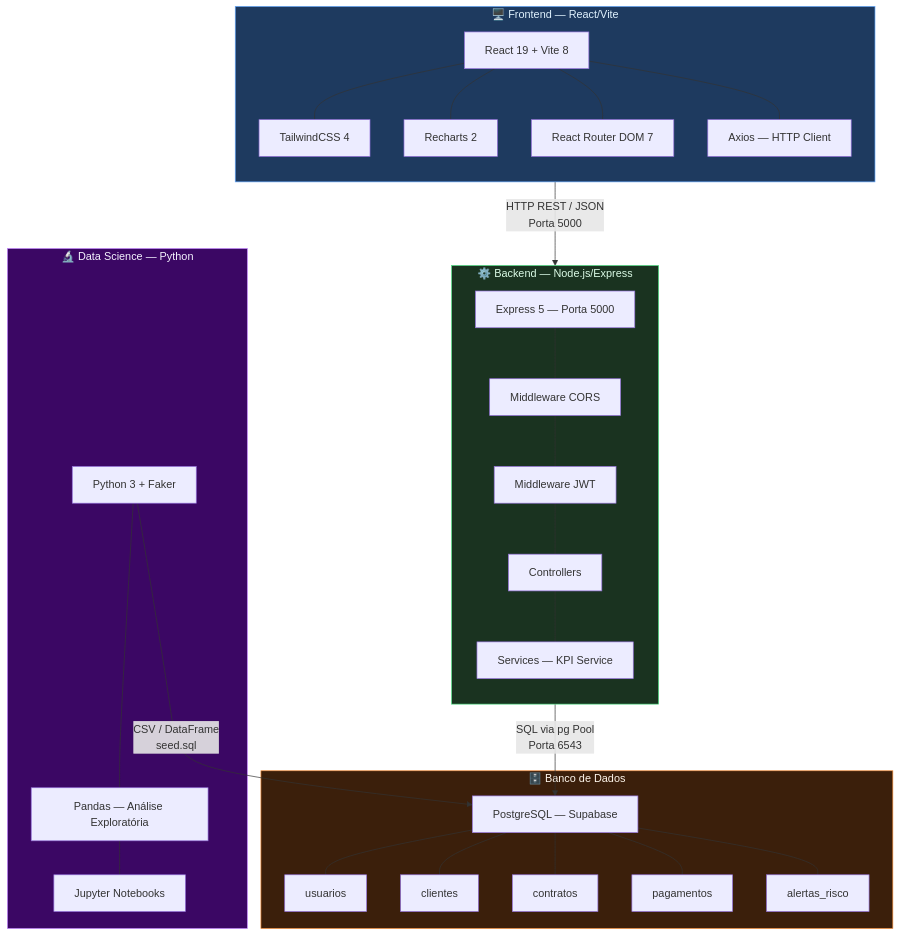
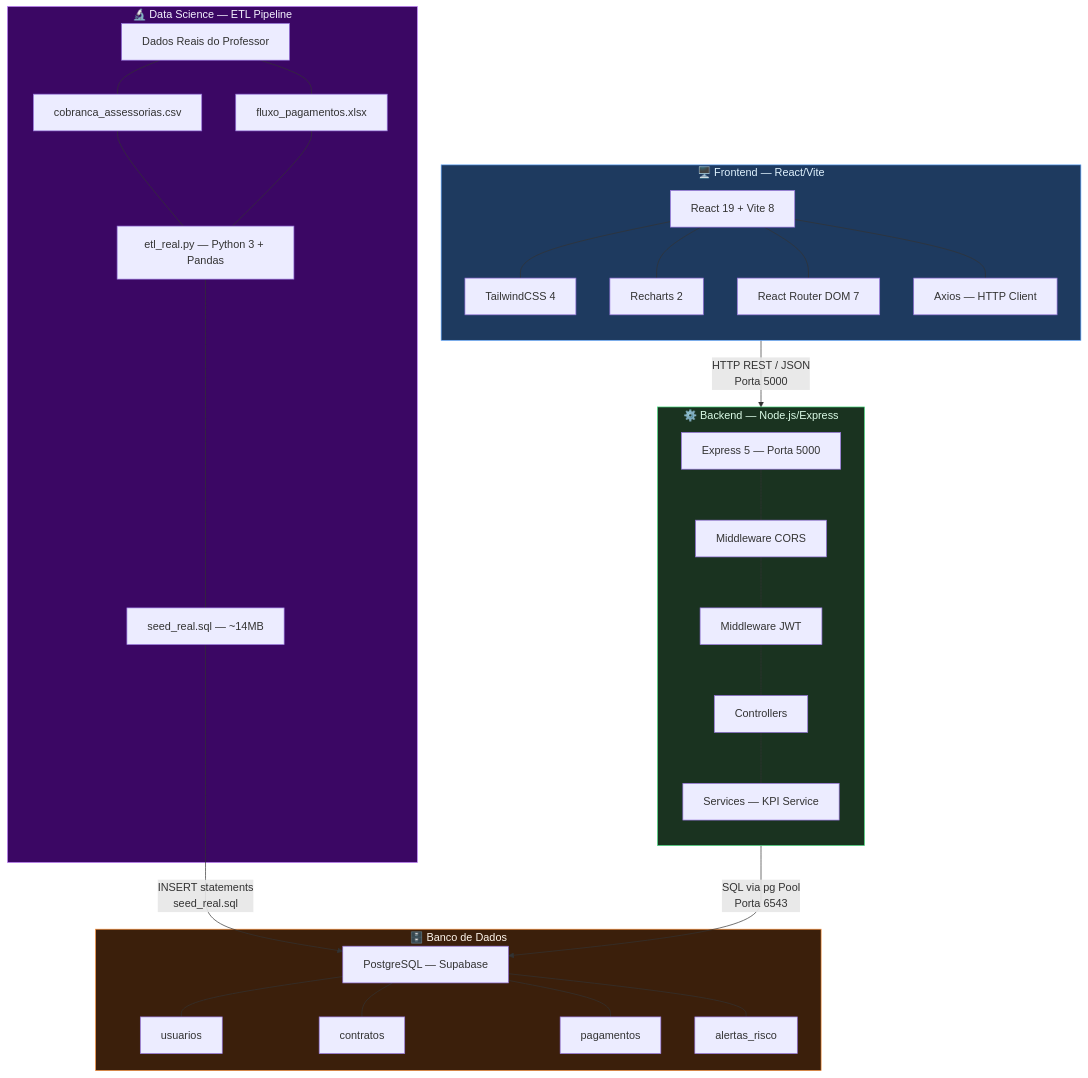
Before and after one commit to juanalenca/creditguard: the first of 7 diagrams in docs/arquitetura.md, drawn with Mermaid. The commit also changed other lines of this file and 35 other files, not shown here.

````diff
--- a/docs/arquitetura.md
+++ b/docs/arquitetura.md
@@ -23,59 +23,62 @@
 ```mermaid
 flowchart TB
     subgraph FRONTEND["🖥️ Frontend — React/Vite"]
         direction TB
         FE_APP["React 19 + Vite 8"]
         FE_TW["TailwindCSS 4"]
         FE_RC["Recharts 2"]
         FE_RR["React Router DOM 7"]
         FE_AX["Axios — HTTP Client"]
         FE_APP --- FE_TW
         FE_APP --- FE_RC
         FE_APP --- FE_RR
         FE_APP --- FE_AX
     end
 
     subgraph BACKEND["⚙️ Backend — Node.js/Express"]
         direction TB
         BE_SRV["Express 5 — Porta 5000"]
         BE_AUTH["Middleware JWT"]
         BE_CORS["Middleware CORS"]
         BE_CTRL["Controllers"]
         BE_SVC["Services — KPI Service"]
         BE_SRV --- BE_CORS
         BE_CORS --- BE_AUTH
         BE_AUTH --- BE_CTRL
         BE_CTRL --- BE_SVC
     end
 
     subgraph DATABASE["🗄️ Banco de Dados"]
         DB_PG["PostgreSQL — Supabase"]
         DB_TB1["usuarios"]
-        DB_TB2["clientes"]
-        DB_TB3["contratos"]
-        DB_TB4["pagamentos"]
-        DB_TB5["alertas_risco"]
+        DB_TB2["contratos"]
+        DB_TB3["pagamentos"]
+        DB_TB4["alertas_risco"]
         DB_PG --- DB_TB1
         DB_PG --- DB_TB2
         DB_PG --- DB_TB3
         DB_PG --- DB_TB4
-        DB_PG --- DB_TB5
     end
 
-    subgraph DATASCIENCE["🔬 Data Science — Python"]
-        DS_PY["Python 3 + Faker"]
-        DS_PD["Pandas — Análise Exploratória"]
-        DS_NB["Jupyter Notebooks"]
-        DS_PY --- DS_PD
-        DS_PD --- DS_NB
+    subgraph DATASCIENCE["🔬 Data Science — ETL Pipeline"]
+        DS_SRC["Dados Reais do Professor"]
+        DS_CSV["cobranca_assessorias.csv"]
+        DS_XLS["fluxo_pagamentos.xlsx"]
+        DS_ETL["etl_real.py — Python 3 + Pandas"]
+        DS_SQL["seed_real.sql — ~14MB"]
+        DS_SRC --- DS_CSV
+        DS_SRC --- DS_XLS
+        DS_CSV --- DS_ETL
+        DS_XLS --- DS_ETL
+        DS_ETL --- DS_SQL
     end
 
     FE_AX -- "HTTP REST / JSON\nPorta 5000" --> BE_SRV
     BE_SVC -- "SQL via pg Pool\nPorta 6543" --> DB_PG
-    DS_PY -- "CSV / DataFrame\nseed.sql" --> DB_PG
+    DS_SQL -- "INSERT statements\nseed_real.sql" --> DB_PG
 
     style FRONTEND fill:#1e3a5f,stroke:#60a5fa,color:#e0f2fe
     style BACKEND fill:#1a3320,stroke:#4ade80,color:#dcfce7
     style DATABASE fill:#3b1f0b,stroke:#fb923c,color:#fff7ed
     style DATASCIENCE fill:#3b0764,stroke:#c084fc,color:#f5f3ff
 ```
````
